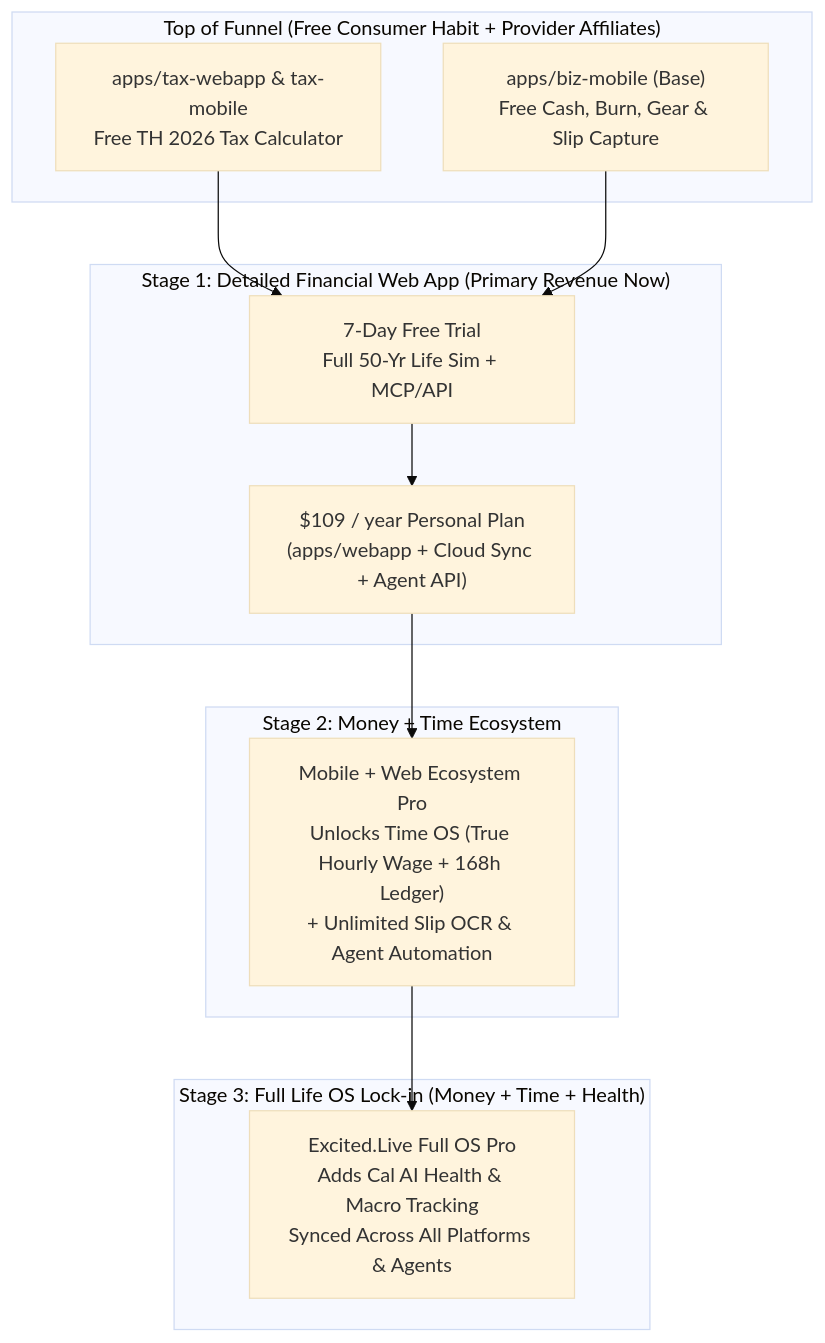
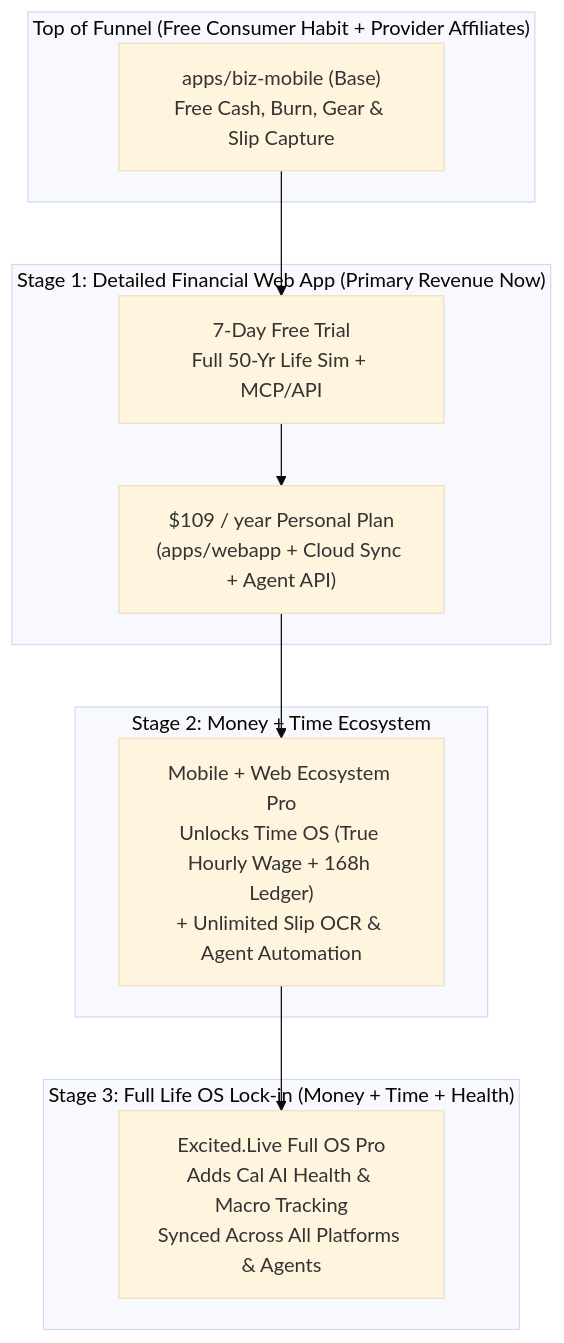
The diagram in docs/pricing.md (excited-live/monorepo), drawn with Mermaid (base theme) before and after one commit. The commit also changed other lines of this file and 4 other files, not shown here.

First line of the commit message:
docs: remove the deleted tax apps and packages/biz from the PRD corpus

````diff
--- a/docs/pricing.md
+++ b/docs/pricing.md
@@ -10,26 +10,24 @@
 ```mermaid
 graph TD
     subgraph Stage0["Top of Funnel (Free Consumer Habit + Provider Affiliates)"]
-        TaxFree["apps/tax-webapp & tax-mobile<br/>Free TH 2026 Tax Calculator"]
         BizFree["apps/biz-mobile (Base)<br/>Free Cash, Burn, Gear & Slip Capture"]
     end
 
     subgraph Stage1["Stage 1: Detailed Financial Web App (Primary Revenue Now)"]
         WebTrial["7-Day Free Trial<br/>Full 50-Yr Life Sim + MCP/API"]
         WebSub["$109 / year Personal Plan<br/>(apps/webapp + Cloud Sync + Agent API)"]
         WebTrial --> WebSub
     end
 
     subgraph Stage2["Stage 2: Money + Time Ecosystem"]
         MobilePro["Mobile + Web Ecosystem Pro<br/>Unlocks Time OS (True Hourly Wage + 168h Ledger)<br/>+ Unlimited Slip OCR & Agent Automation"]
     end
 
     subgraph Stage3["Stage 3: Full Life OS Lock-in (Money + Time + Health)"]
         OSPro["Excited.Live Full OS Pro<br/>Adds Cal AI Health & Macro Tracking<br/>Synced Across All Platforms & Agents"]
     end
 
-    TaxFree --> WebTrial
     BizFree --> WebTrial
     WebSub --> MobilePro
     MobilePro --> OSPro
 ```
````
